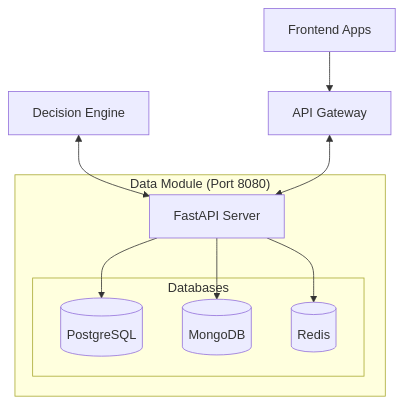
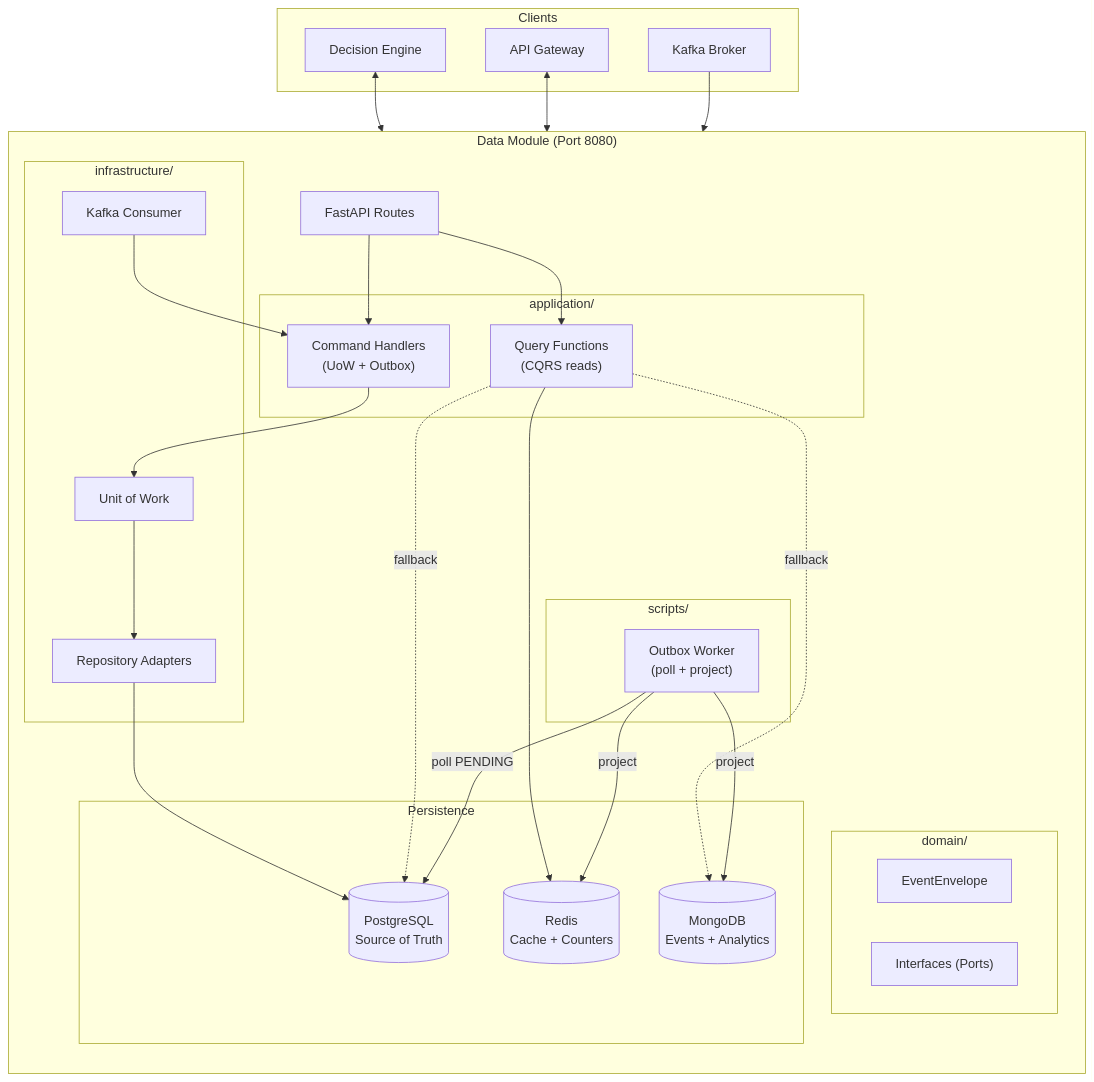
Before and after one commit to PEI-HAZARDS/IntelligentLogistics: the diagram in src/V_APP/Data_Module/README.md, drawn with Mermaid. The commit also changed other lines of this file and 3 other files, not shown here.

Commit message:
Refactor Data Module README.md: Update architecture overview, project structure, and API documentation for clarity and accuracy. Enhance descriptions of design patterns and database usage, and streamline sections on driver authentication and data flow.

````diff
--- a/src/V_APP/Data_Module/README.md
+++ b/src/V_APP/Data_Module/README.md
@@ -9,20 +31,56 @@
 ```mermaid
 flowchart TB
+    subgraph Clients
+        DE["Decision Engine"]
+        GW["API Gateway"]
+        KF["Kafka Broker"]
+    end
+
     subgraph DataModule["Data Module (Port 8080)"]
-        API["FastAPI Server"]
-        
-        subgraph Databases
-            PG[(PostgreSQL)]
-            MONGO[(MongoDB)]
-            REDIS[(Redis)]
+        direction TB
+        API["FastAPI Routes"]
+
+        subgraph Domain["domain/"]
+            EVT["EventEnvelope"]
+            IFC["Interfaces (Ports)"]
         end
-        
-        API --> PG
-        API --> MONGO
-        API --> REDIS
+
+        subgraph Application["application/"]
+            CMD["Command Handlers<br/>(UoW + Outbox)"]
+            QRY["Query Functions<br/>(CQRS reads)"]
+        end
+
+        subgraph Infrastructure["infrastructure/"]
+            REPO["Repository Adapters"]
+            UOW["Unit of Work"]
+            KAFKA_C["Kafka Consumer"]
+        end
+
+        subgraph Persistence
+            PG[(PostgreSQL<br/>Source of Truth)]
+            MONGO[(MongoDB<br/>Events + Analytics)]
+            REDIS[(Redis<br/>Cache + Counters)]
+        end
+
+        subgraph Workers["scripts/"]
+            OW["Outbox Worker<br/>(poll + project)"]
+        end
     end
-    
-    DE["Decision Engine"] <--> API
-    GW["API Gateway"] <--> API
-    FE["Frontend Apps"] --> GW
+
+    DE <--> API
+    GW <--> API
+    KF --> KAFKA_C
+
+    API --> CMD
+    API --> QRY
+    KAFKA_C --> CMD
+
+    CMD --> UOW --> REPO --> PG
+    QRY --> REDIS
+    QRY -.->|fallback| PG
+    QRY -.->|fallback| MONGO
+
+    OW -->|poll PENDING| PG
+    OW -->|project| MONGO
+    OW -->|project| REDIS
 ```
````
